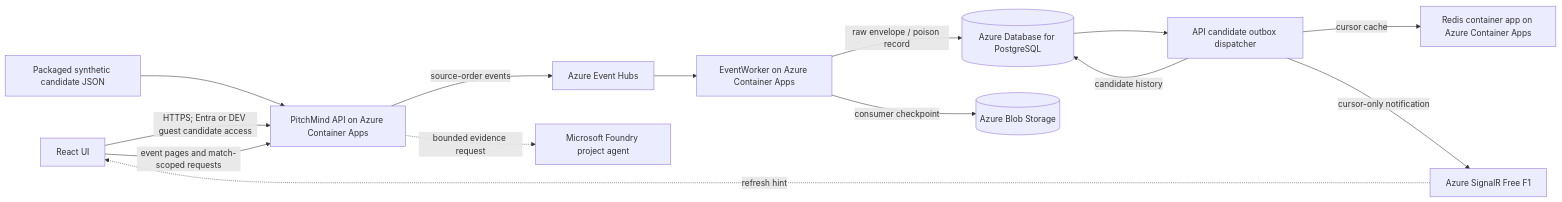
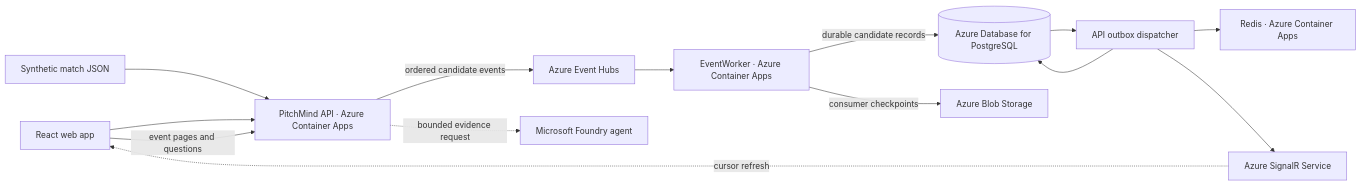
One commit to prateekgangopadhyay/PitchMind changed the diagram in README.md. Above: the diagram before and after it, drawn with Mermaid. The commit also changed other lines of this file and 14 other files, not shown here.

````diff
--- a/README.md
+++ b/README.md
@@ -18,16 +16,16 @@
 ```mermaid
 flowchart LR
-  Browser[React UI] -->|HTTPS; Entra or DEV guest candidate access| API[PitchMind API on Azure Container Apps]
-  Source[Packaged synthetic candidate JSON] --> API
-  API -->|source-order events| EH[Azure Event Hubs]
-  EH --> Worker[EventWorker on Azure Container Apps]
-  Worker -->|raw envelope / poison record| PG[(Azure Database for PostgreSQL)]
-  Worker -->|consumer checkpoint| Blob[(Azure Blob Storage)]
-  PG --> Dispatcher[API candidate outbox dispatcher]
-  Dispatcher -->|candidate history| PG
-  Dispatcher -->|cursor cache| Redis[Redis container app on Azure Container Apps]
-  Dispatcher -->|cursor-only notification| SignalR[Azure SignalR Free F1]
-  SignalR -. refresh hint .-> Browser
-  Browser -->|event pages and match-scoped requests| API
-  API -. bounded evidence request .-> Foundry[Microsoft Foundry project agent]
+  Browser[React web app] --> API[PitchMind API · Azure Container Apps]
+  JSON[Synthetic match JSON] --> API
+  API -->|ordered candidate events| EH[Azure Event Hubs]
+  EH --> Worker[EventWorker · Azure Container Apps]
+  Worker -->|durable candidate records| PG[(Azure Database for PostgreSQL)]
+  Worker -->|consumer checkpoints| Blob[Azure Blob Storage]
+  PG --> Dispatch[API outbox dispatcher]
+  Dispatch --> PG
+  Dispatch --> Redis[Redis · Azure Container Apps]
+  Dispatch --> SignalR[Azure SignalR Service]
+  SignalR -. cursor refresh .-> Browser
+  Browser -->|event pages and questions| API
+  API -. bounded evidence request .-> Foundry[Microsoft Foundry agent]
 ```
````
